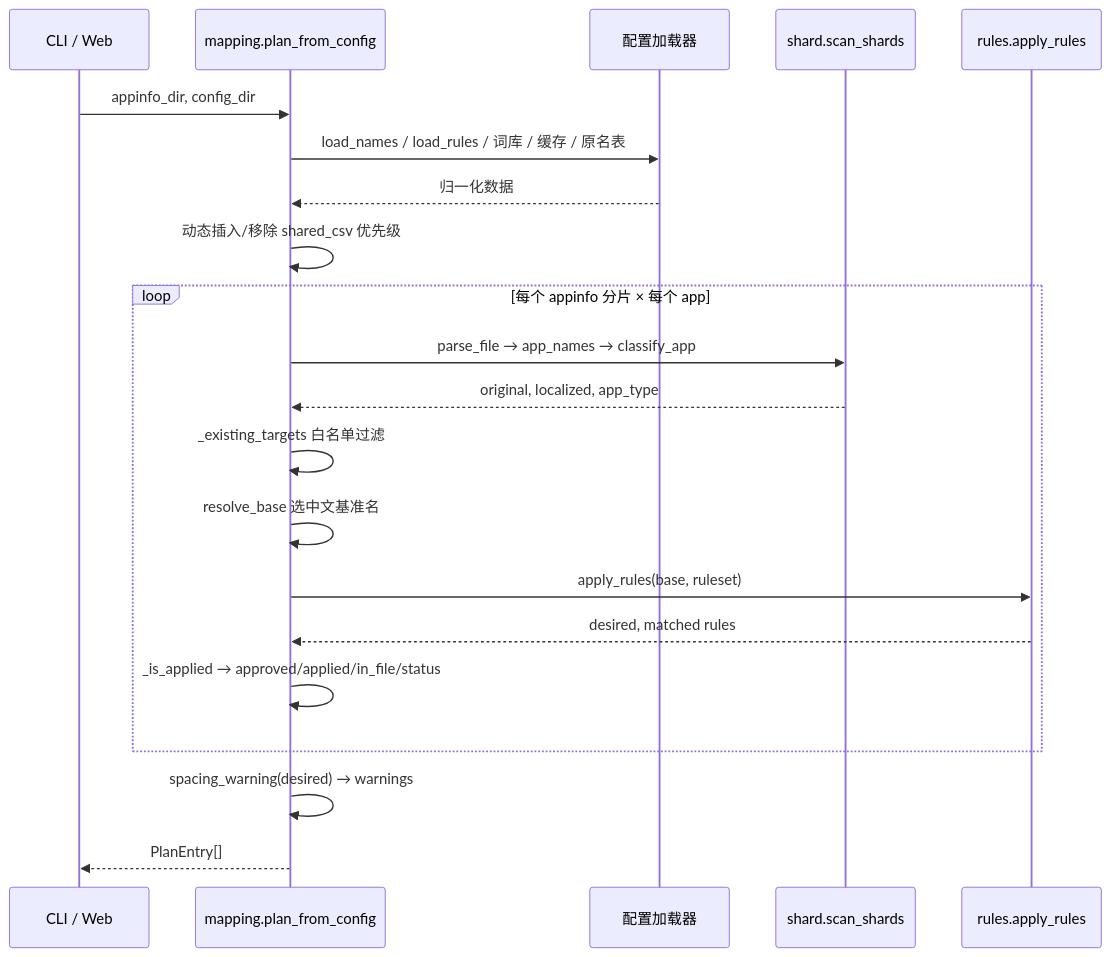
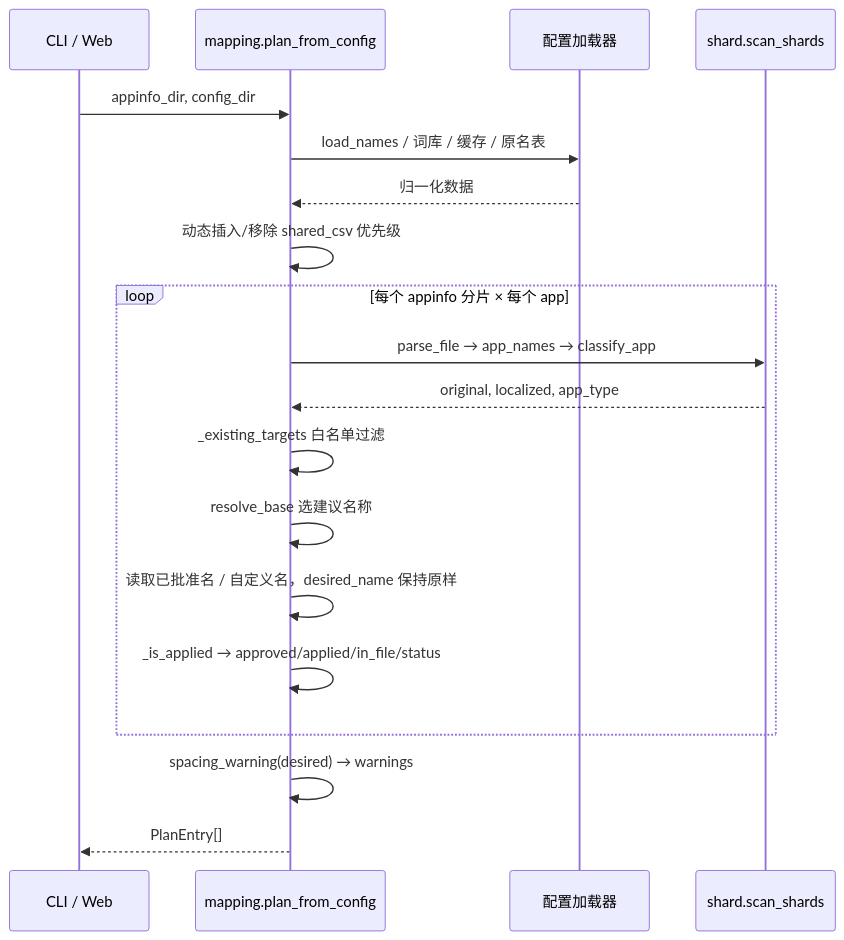
Before and after one commit to yguangjie365/SteamGameRename: the fifth of 5 diagrams in docs/开发者说明.md, drawn with Mermaid. The commit also changed other lines of this file and 18 other files, not shown here.

````diff
--- a/docs/开发者说明.md
+++ b/docs/开发者说明.md
@@ -276,24 +275,22 @@
 ```mermaid
 sequenceDiagram
     participant C as CLI / Web
     participant M as mapping.plan_from_config
     participant L as 配置加载器
     participant S as shard.scan_shards
-    participant R as rules.apply_rules
 
     C->>M: appinfo_dir, config_dir
-    M->>L: load_names / load_rules / 词库 / 缓存 / 原名表
+    M->>L: load_names / 词库 / 缓存 / 原名表
     L-->>M: 归一化数据
     M->>M: 动态插入/移除 shared_csv 优先级
     loop 每个 appinfo 分片 × 每个 app
         M->>S: parse_file → app_names → classify_app
         S-->>M: original, localized, app_type
         M->>M: _existing_targets 白名单过滤
-        M->>M: resolve_base 选中文基准名
-        M->>R: apply_rules(base, ruleset)
-        R-->>M: desired, matched rules
+        M->>M: resolve_base 选建议名称
+        M->>M: 读取已批准名 / 自定义名，desired_name 保持原样
         M->>M: _is_applied → approved/applied/in_file/status
     end
     M->>M: spacing_warning(desired) → warnings
     M-->>C: PlanEntry[]
 ```
````
